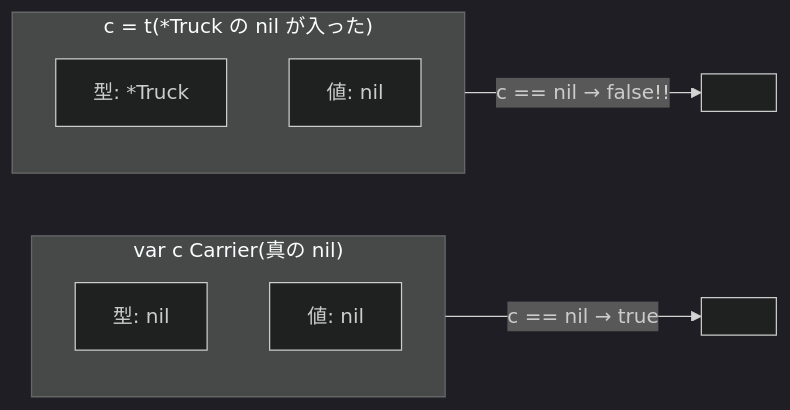
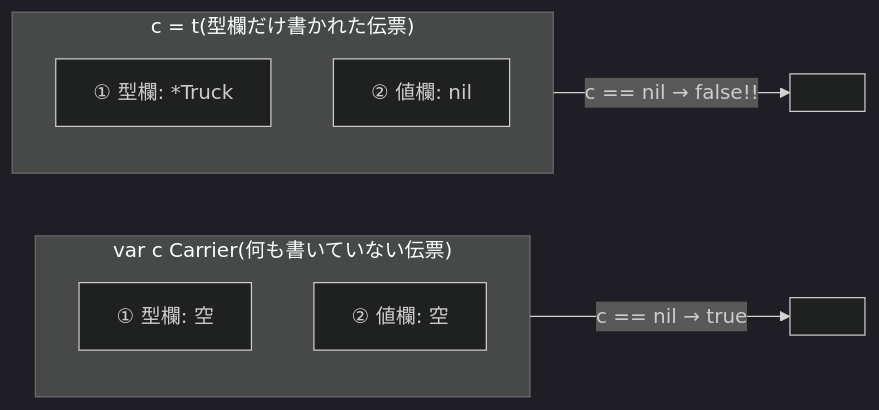
The diagram in 03-go-fable-101/chapters/09_interfaces.md (hiroakisan158/tech-self-study), drawn with Mermaid (dark theme) before and after one commit. The commit also changed other lines of this file and 1 other file, not shown here.

First line of the commit message:
Deepen interfaces nil trap explanation and expand errors chapter

````diff
--- a/03-go-fable-101/chapters/09_interfaces.md
+++ b/03-go-fable-101/chapters/09_interfaces.md
@@ -124,13 +140,13 @@
 ```mermaid
 flowchart LR
-    subgraph i1["var c Carrier(真の nil)"]
-        T1["型: nil"]
-        V1["値: nil"]
+    subgraph i1["var c Carrier(何も書いていない伝票)"]
+        T1["① 型欄: 空"]
+        V1["② 値欄: 空"]
     end
-    subgraph i2["c = t(*Truck の nil が入った)"]
-        T2["型: *Truck"]
-        V2["値: nil"]
+    subgraph i2["c = t(型欄だけ書かれた伝票)"]
+        T2["① 型欄: *Truck"]
+        V2["② 値欄: nil"]
     end
     i1 -->|"c == nil → true"| R1[" "]
     i2 -->|"c == nil → false!!"| R2[" "]
 ```
````
